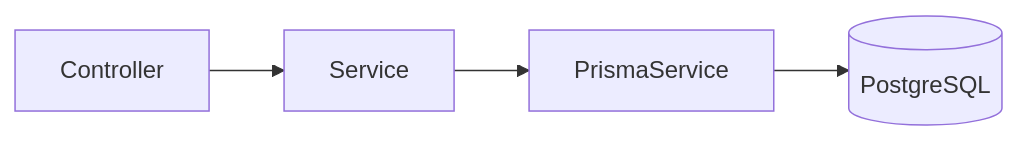
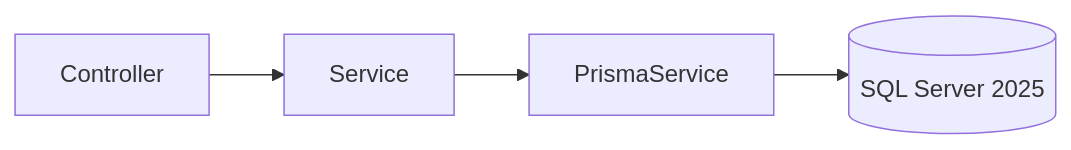
One commit to DanielSameque/Otzar changed the first of 2 diagrams in backend/docs/arquitetura/fundacao.md. Above: the diagram before and after it, drawn with Mermaid. The commit also changed other lines of this file and 13 other files, not shown here.

Commit message:
Refactor backend to switch from PostgreSQL to SQL Server 2025. Update environment configuration, Docker setup, and Prisma integration. Modify documentation to reflect changes in database technology and connection details. Ensure compatibility with Azure SQL Database for production deployment.

````diff
--- a/backend/docs/arquitetura/fundacao.md
+++ b/backend/docs/arquitetura/fundacao.md
@@ -35,6 +35,6 @@
 ```mermaid
 flowchart LR
     C["Controller"] --> S["Service"]
     S --> P["PrismaService"]
-    P --> DB[("PostgreSQL")]
+    P --> DB[("SQL Server 2025")]
 ```
````
